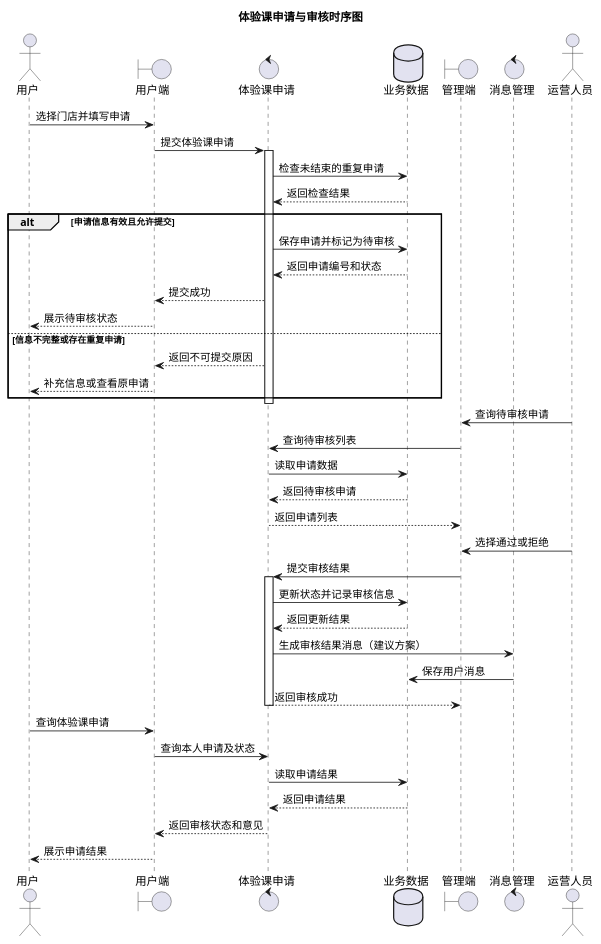
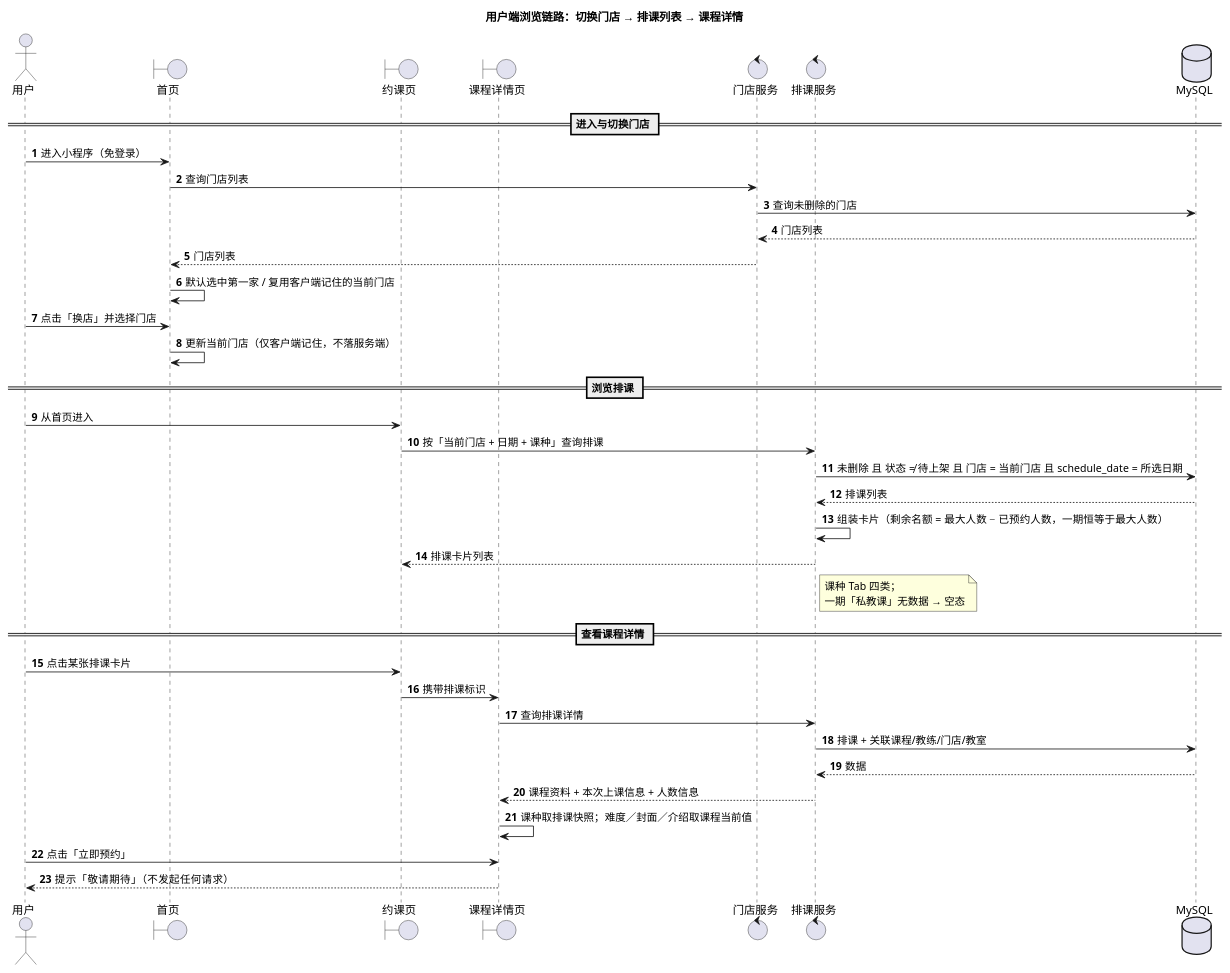
Before and after one commit to duo2530/techplant-yoga: the second of 5 diagrams in docs/概要设计/概要设计.md, drawn with PlantUML. The commit also changed other lines of this file and 52 other files, not shown here.

````diff
--- a/docs/概要设计/概要设计.md
+++ b/docs/概要设计/概要设计.md
@@ -220,53 +155,47 @@
 ```plantuml
 @startuml
-title 体验课申请与审核时序图
+title 用户端浏览链路：切换门店 → 排课列表 → 课程详情
+autonumber
+actor 用户
+boundary 首页
+boundary 约课页
+boundary 课程详情页
+control 门店服务
+control 排课服务
+database MySQL
 
-actor 用户
-boundary 用户端
-control 体验课申请
-database 业务数据
-boundary 管理端
-control 消息管理
+== 进入与切换门店 ==
+用户 -> 首页 : 进入小程序（免登录）
+首页 -> 门店服务 : 查询门店列表
+门店服务 -> MySQL : 查询未删除的门店
+MySQL --> 门店服务 : 门店列表
+门店服务 --> 首页 : 门店列表
+首页 -> 首页 : 默认选中第一家 / 复用客户端记住的当前门店
+用户 -> 首页 : 点击「换店」并选择门店
+首页 -> 首页 : 更新当前门店（仅客户端记住，不落服务端）
 
-用户 -> 用户端 : 选择门店并填写申请
-用户端 -> 体验课申请 : 提交体验课申请
-activate 体验课申请
-体验课申请 -> 业务数据 : 检查未结束的重复申请
-业务数据 --> 体验课申请 : 返回检查结果
+== 浏览排课 ==
+用户 -> 约课页 : 从首页进入
+约课页 -> 排课服务 : 按「当前门店 + 日期 + 课种」查询排课
+排课服务 -> MySQL : 未删除 且 状态 ≠ 待上架 且 门店 = 当前门店 且 schedule_date = 所选日期
+MySQL --> 排课服务 : 排课列表
+排课服务 -> 排课服务 : 组装卡片（剩余名额 = 最大人数 − 已预约人数，一期恒等于最大人数）
+排课服务 --> 约课页 : 排课卡片列表
+note right of 排课服务
+  课种 Tab 四类；
+  一期「私教课」无数据 → 空态
+end note
 
-alt 申请信息有效且允许提交
-  体验课申请 -> 业务数据 : 保存申请并标记为待审核
-  业务数据 --> 体验课申请 : 返回申请编号和状态
-  体验课申请 --> 用户端 : 提交成功
-  用户端 --> 用户 : 展示待审核状态
-else 信息不完整或存在重复申请
-  体验课申请 --> 用户端 : 返回不可提交原因
-  用户端 --> 用户 : 补充信息或查看原申请
-end
-deactivate 体验课申请
+== 查看课程详情 ==
+用户 -> 约课页 : 点击某张排课卡片
+约课页 -> 课程详情页 : 携带排课标识
+课程详情页 -> 排课服务 : 查询排课详情
+排课服务 -> MySQL : 排课 + 关联课程/教练/门店/教室
+MySQL --> 排课服务 : 数据
+排课服务 --> 课程详情页 : 课程资料 + 本次上课信息 + 人数信息
+课程详情页 -> 课程详情页 : 课种取排课快照；难度／封面／介绍取课程当前值
+用户 -> 课程详情页 : 点击「立即预约」
+课程详情页 --> 用户 : 提示「敬请期待」（不发起任何请求）
 
-actor 运营人员
-运营人员 -> 管理端 : 查询待审核申请
-管理端 -> 体验课申请 : 查询待审核列表
-体验课申请 -> 业务数据 : 读取申请数据
-业务数据 --> 体验课申请 : 返回待审核申请
-体验课申请 --> 管理端 : 返回申请列表
-
-运营人员 -> 管理端 : 选择通过或拒绝
-管理端 -> 体验课申请 : 提交审核结果
-activate 体验课申请
-体验课申请 -> 业务数据 : 更新状态并记录审核信息
-业务数据 --> 体验课申请 : 返回更新结果
-体验课申请 -> 消息管理 : 生成审核结果消息（建议方案）
-消息管理 -> 业务数据 : 保存用户消息
-体验课申请 --> 管理端 : 返回审核成功
-deactivate 体验课申请
-
-用户 -> 用户端 : 查询体验课申请
-用户端 -> 体验课申请 : 查询本人申请及状态
-体验课申请 -> 业务数据 : 读取申请结果
-业务数据 --> 体验课申请 : 返回申请结果
-体验课申请 --> 用户端 : 返回审核状态和意见
-用户端 --> 用户 : 展示申请结果
 @enduml
 ```
````
